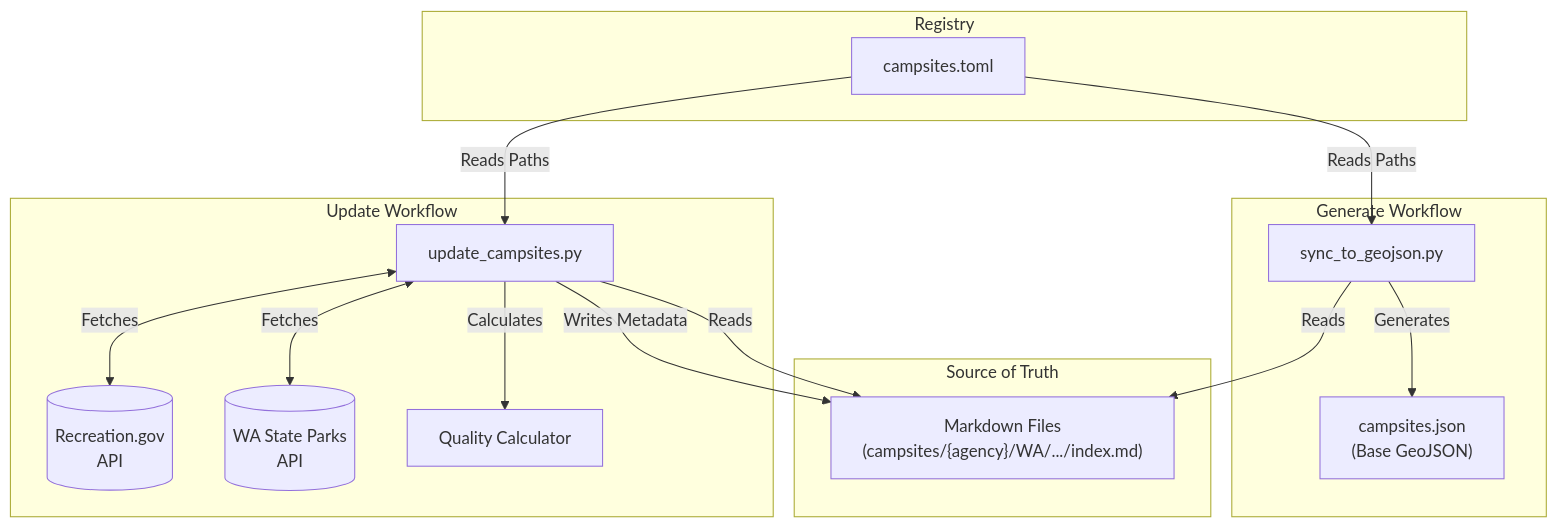
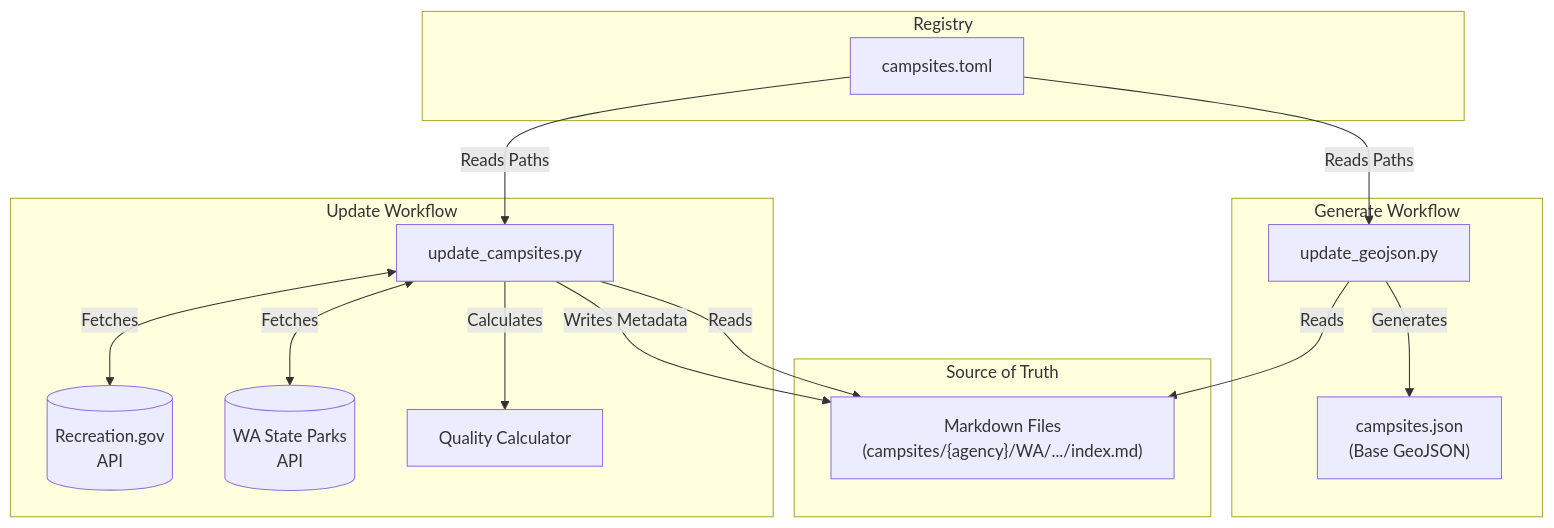
Before and after one commit to robogeosociety/robot-geographical-society: the diagram in data/README.md, drawn with Mermaid. The commit also changed 2 other files, not shown here.

Commit message:
chore: Rename sync_to_geojson.py to update_geojson.py

````diff
--- a/data/README.md
+++ b/data/README.md
@@ -9,31 +9,31 @@
 ```mermaid
 graph TD
     subgraph Registry["Registry"]
         TOML["campsites.toml"]
     end
 
     subgraph Source["Source of Truth"]
         MD["Markdown Files<br/>(campsites/{agency}/WA/.../index.md)"]
     end
 
     subgraph UpdateWorkflow["Update Workflow"]
         Updater["update_campsites.py"]
         RecGov[("Recreation.gov<br/>API")]
         WAParks[("WA State Parks<br/>API")]
         Quality["Quality Calculator"]
         
         TOML -->|Reads Paths| Updater
         Updater -->|Reads| MD
         Updater <-->|Fetches| RecGov
         Updater <-->|Fetches| WAParks
         Updater -->|Calculates| Quality
         Updater -->|Writes Metadata| MD
     end
 
     subgraph GenerateWorkflow["Generate Workflow"]
-        Sync["sync_to_geojson.py"]
+        Sync["update_geojson.py"]
         TOML -->|Reads Paths| Sync
         Sync -->|Reads| MD
         Sync -->|Generates| JSON["campsites.json<br/>(Base GeoJSON)"]
     end
 ```
````
